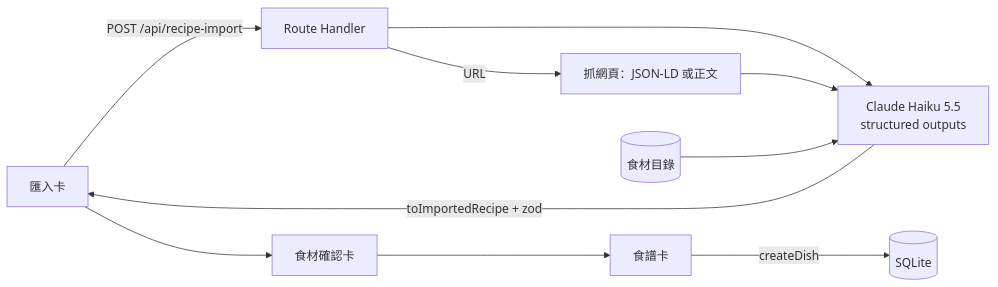
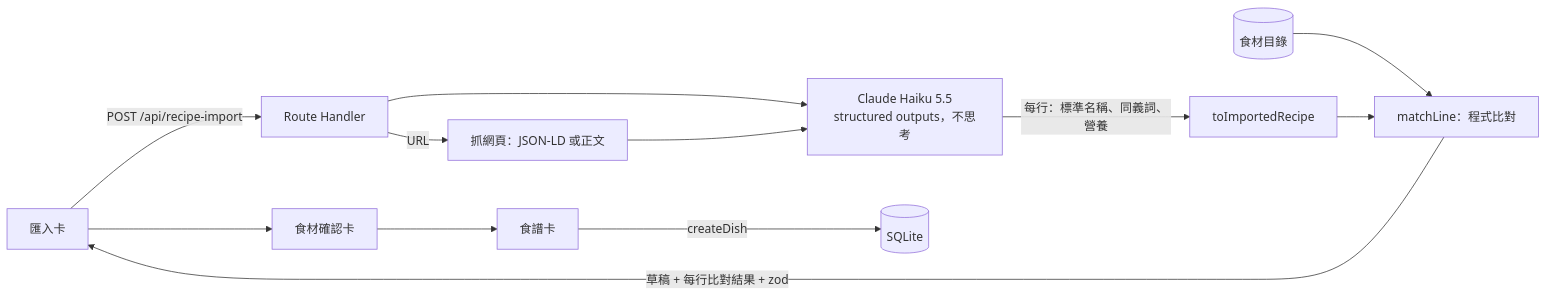
Before and after one commit to piercelin11/epifolio: the second of 2 diagrams in docs/features/recipe-import.md, drawn with Mermaid. The commit also changed other lines of this file and 4 other files, not shown here.

````diff
--- a/docs/features/recipe-import.md
+++ b/docs/features/recipe-import.md
@@ -38,10 +38,12 @@
 ```mermaid
 flowchart LR
     CARD[匯入卡] -->|POST /api/recipe-import| RH[Route Handler]
     RH -->|URL| PAGE[抓網頁：JSON-LD 或正文]
-    RH --> LLM[Claude Haiku 5.5<br/>structured outputs]
+    RH --> LLM[Claude Haiku 5.5<br/>structured outputs，不思考]
     PAGE --> LLM
-    CAT[(食材目錄)] --> LLM
-    LLM -->|toImportedRecipe + zod| CARD
+    LLM -->|每行：標準名稱、同義詞、營養| CONV[toImportedRecipe]
+    CAT[(食材目錄)] --> MATCH[matchLine：程式比對]
+    CONV --> MATCH
+    MATCH -->|草稿 + 每行比對結果 + zod| CARD
     CARD --> REVIEW[食材確認卡] --> RECIPE[食譜卡] -->|createDish| DB[(SQLite)]
 ```
````
